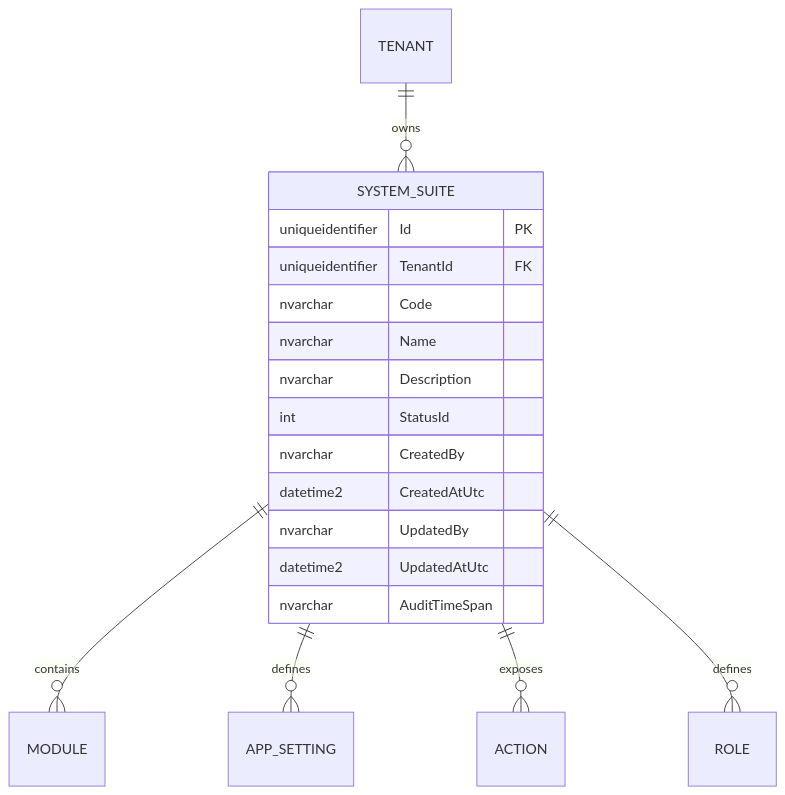
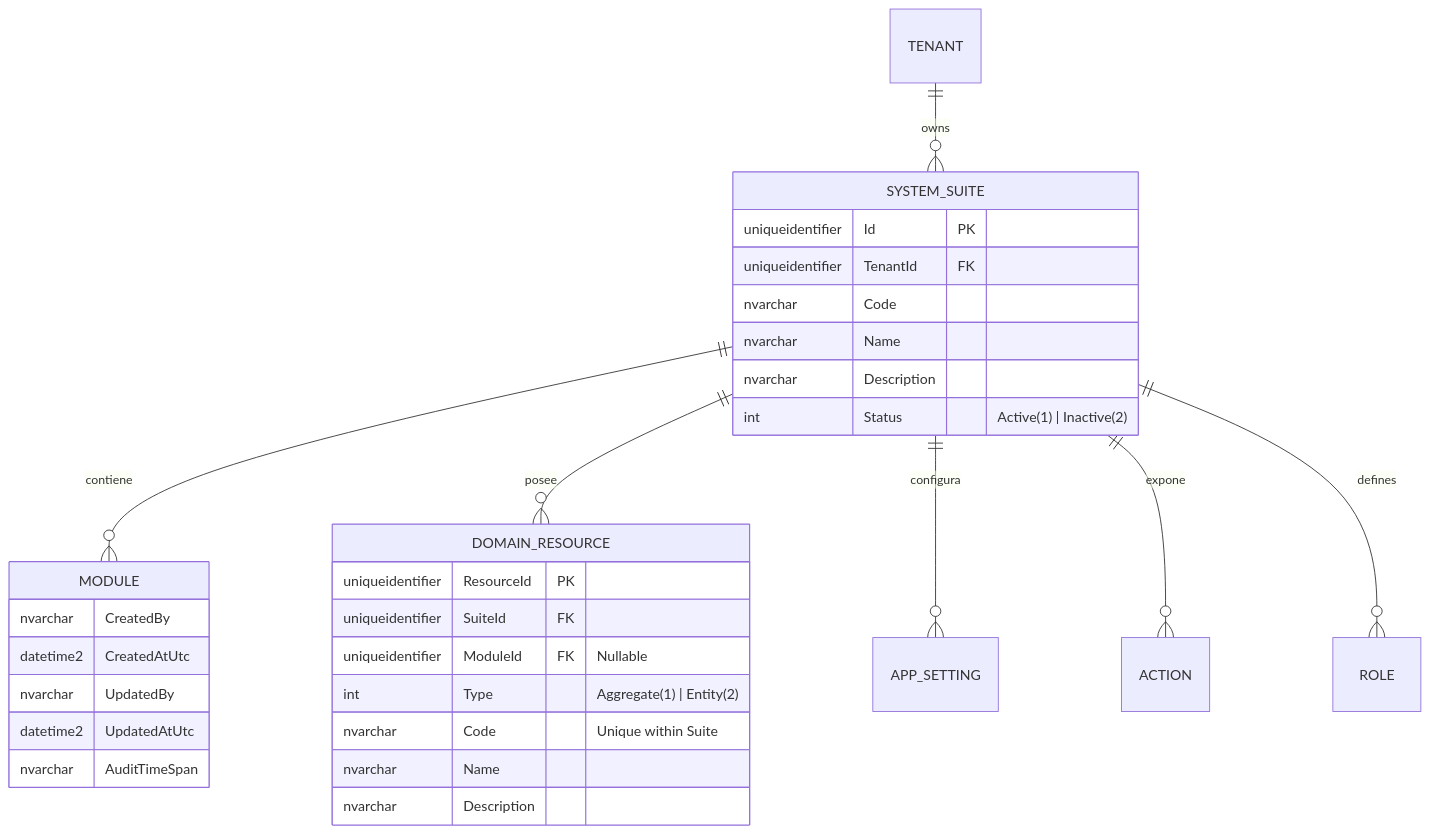
Before and after one commit to beyondnetcode/ums: the third of 3 diagrams in docs/domain/authorization/system-suite.md, drawn with Mermaid. The commit also changed other lines of this file and 98 other files, not shown here.

````diff
--- a/docs/domain/authorization/system-suite.md
+++ b/docs/domain/authorization/system-suite.md
@@ -156,22 +169,34 @@
 ```mermaid
 erDiagram
     TENANT ||--o{ SYSTEM_SUITE : "owns"
-    SYSTEM_SUITE ||--o{ MODULE : "contains"
-    SYSTEM_SUITE ||--o{ APP_SETTING : "defines"
-    SYSTEM_SUITE ||--o{ ACTION : "exposes"
+    SYSTEM_SUITE ||--o{ MODULE : "contiene"
+    SYSTEM_SUITE ||--o{ DOMAIN_RESOURCE : "posee"
+    SYSTEM_SUITE ||--o{ APP_SETTING : "configura"
+    SYSTEM_SUITE ||--o{ ACTION : "expone"
     SYSTEM_SUITE ||--o{ ROLE : "defines"
 
     SYSTEM_SUITE {
         uniqueidentifier Id PK
         uniqueidentifier TenantId FK
         nvarchar Code
         nvarchar Name
         nvarchar Description
-        int StatusId
+        int Status "Active(1) | Inactive(2)"
+    }
+    DOMAIN_RESOURCE {
+        uniqueidentifier ResourceId PK
+        uniqueidentifier SuiteId FK
+        uniqueidentifier ModuleId FK "Nullable"
+        int Type "Aggregate(1) | Entity(2)"
+        nvarchar Code "Unique within Suite"
+        nvarchar Name
+        nvarchar Description
+    }
+    MODULE {
         nvarchar CreatedBy
         datetime2 CreatedAtUtc
         nvarchar UpdatedBy
         datetime2 UpdatedAtUtc
         nvarchar AuditTimeSpan
     }
 ```
````
